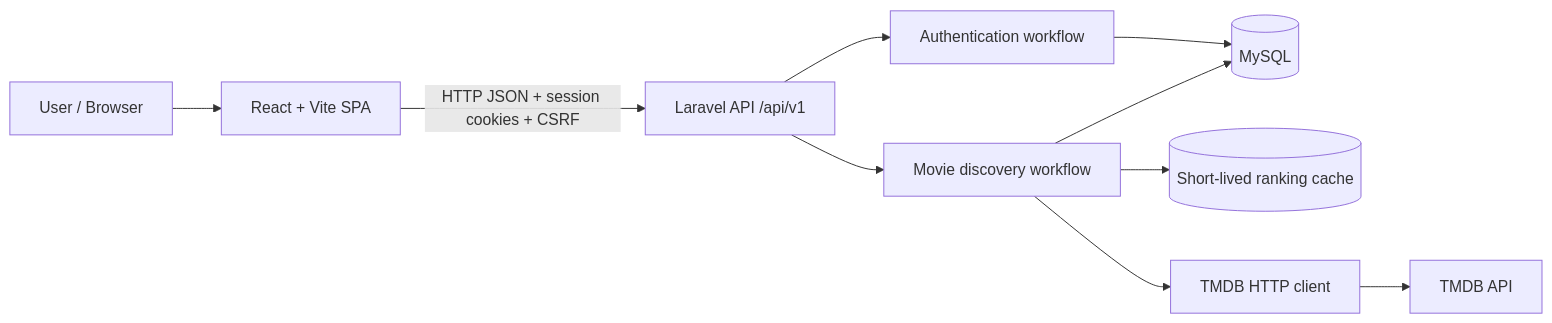
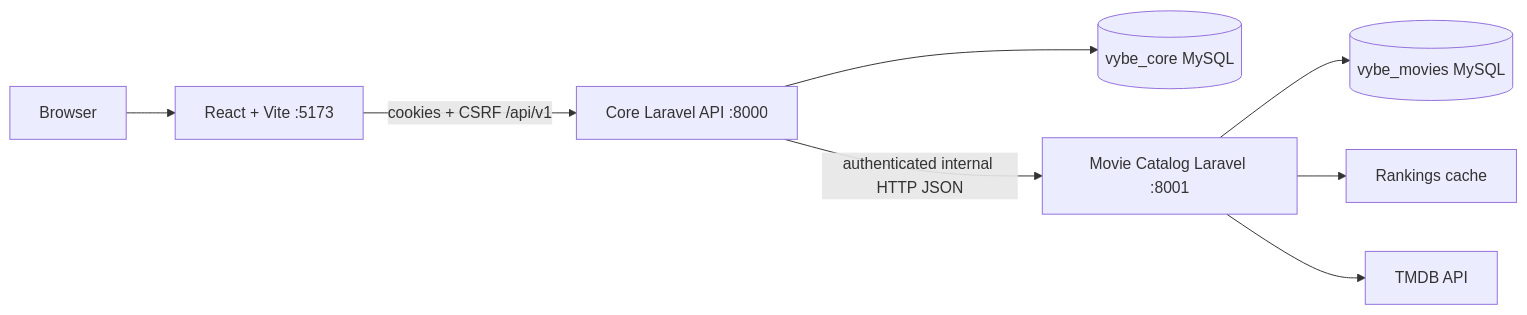
Before and after one commit to hsn-bachir/VYBE: the diagram in docs/architecture/system-overview.md, drawn with Mermaid. The commit also changed other lines of this file and 79 other files, not shown here.

Commit message:
chore: establish two-service VYBE architecture

````diff
--- a/docs/architecture/system-overview.md
+++ b/docs/architecture/system-overview.md
@@ -9,12 +7,10 @@
 ```mermaid
 flowchart LR
-  U[User / Browser] --> SPA[React + Vite SPA]
-  SPA -->|HTTP JSON + session cookies + CSRF| API[Laravel API /api/v1]
-  API --> AUTH[Authentication workflow]
-  API --> MOV[Movie discovery workflow]
-  AUTH --> DB[(MySQL)]
-  MOV --> DB
-  MOV --> RANK[(Short-lived ranking cache)]
-  MOV --> CLIENT[TMDB HTTP client]
-  CLIENT --> TMDB[TMDB API]
+ U[Browser] --> SPA[React + Vite :5173]
+ SPA -->|cookies + CSRF /api/v1| CORE[Core Laravel API :8000]
+ CORE --> USERS[(vybe_core MySQL)]
+ CORE -->|authenticated internal HTTP JSON| CAT[Movie Catalog Laravel :8001]
+ CAT --> MOVIES[(vybe_movies MySQL)]
+ CAT --> RANK[Rankings cache]
+ CAT --> TMDB[TMDB API]
 ```
````
